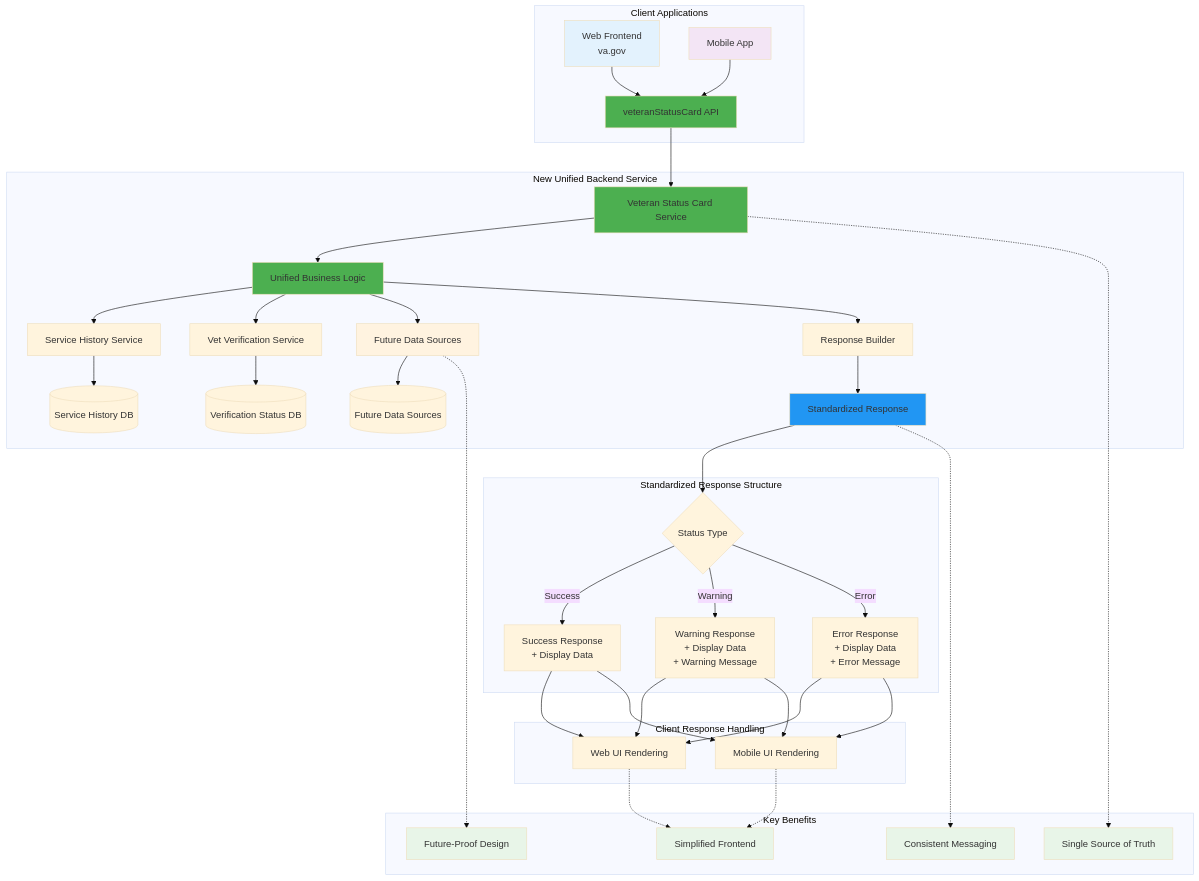
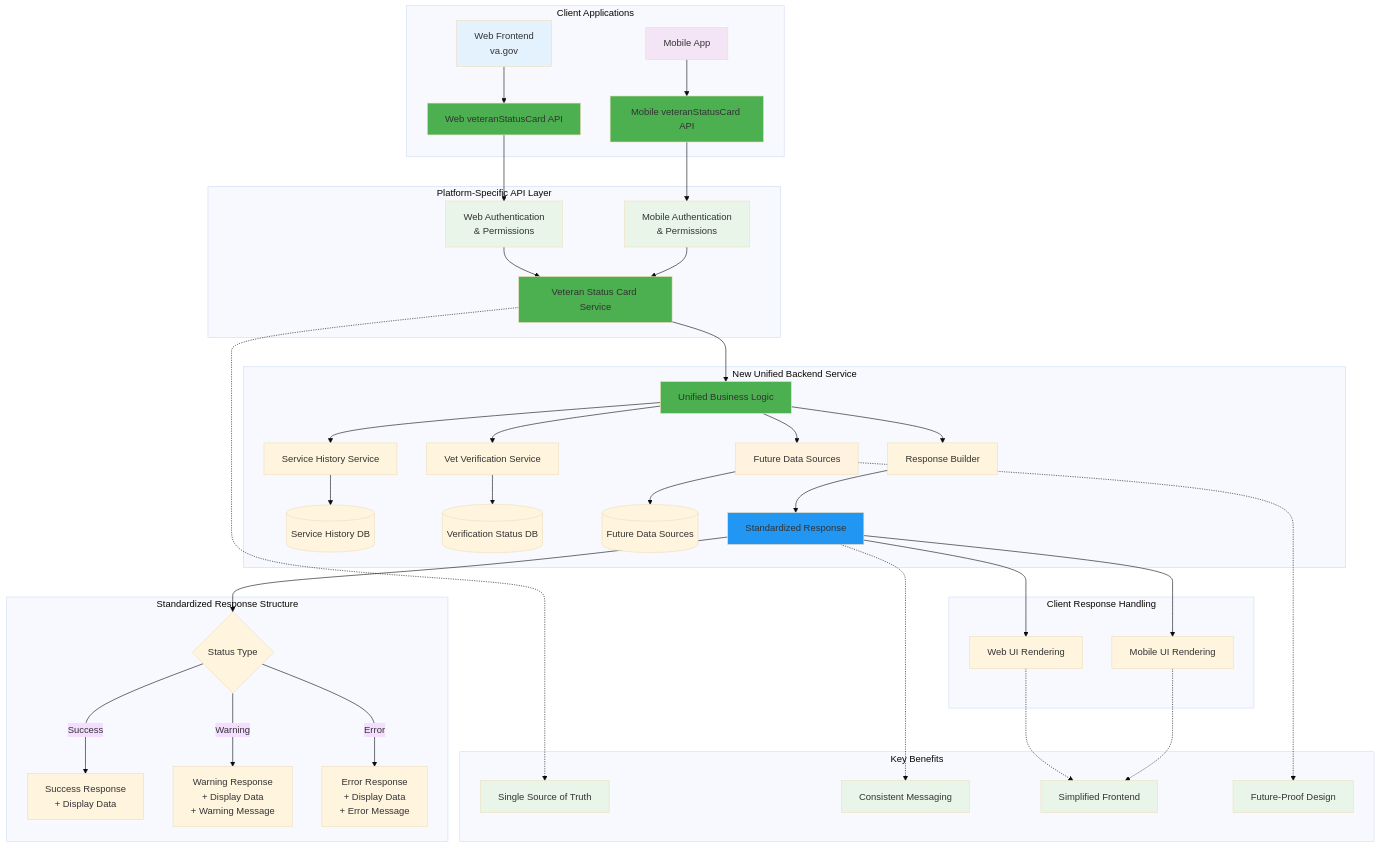
Before and after one commit to department-of-veterans-affairs/va-mobile-feature-support: the diagram in mermaid/projects/vsc-api-refactor/proposed-architecture.mmd, drawn with Mermaid (base theme). The commit also changed 10 other files, not shown here.

Commit message:
Tweak the diagramming // structure a lil

```diff
--- a/mermaid/projects/vsc-api-refactor/proposed-architecture.mmd
+++ b/mermaid/projects/vsc-api-refactor/proposed-architecture.mmd
@@ -1,63 +1,68 @@
 graph TD
     subgraph "Client Applications"
-        WEB[Web Frontend<br/>va.gov] --> NEW_API[veteranStatusCard API]
-        MOBILE[Mobile App] --> NEW_API
+        WEB[Web Frontend<br/>va.gov] --> WEB_API[Web veteranStatusCard API]
+        MOBILE[Mobile App] --> MOBILE_API[Mobile veteranStatusCard API]
+    end
+    
+    subgraph "Platform-Specific API Layer"
+        WEB_API --> WEB_AUTH[Web Authentication<br/>& Permissions]
+        MOBILE_API --> MOBILE_AUTH[Mobile Authentication<br/>& Permissions]
+        
+        WEB_AUTH --> VSC_SERVICE[Veteran Status Card Service]
+        MOBILE_AUTH --> VSC_SERVICE
     end
     
     subgraph "New Unified Backend Service"
-        NEW_API --> VSC_SERVICE[Veteran Status Card Service]
         VSC_SERVICE --> LOGIC[Unified Business Logic]
         
         LOGIC --> SH_SERVICE[Service History Service]
         LOGIC --> VVS_SERVICE[Vet Verification Service]
         LOGIC --> FUTURE_SERVICE[Future Data Sources]
         
         SH_SERVICE --> DB1[(Service History DB)]
         VVS_SERVICE --> DB2[(Verification Status DB)]
         FUTURE_SERVICE --> DB3[(Future Data Sources)]
         
         LOGIC --> RESPONSE_BUILDER[Response Builder]
         RESPONSE_BUILDER --> STANDARDIZED[Standardized Response]
     end
     
     subgraph "Standardized Response Structure"
         STANDARDIZED --> STATUS{Status Type}
         STATUS -->|Success| SUCCESS_DATA[Success Response<br/>+ Display Data]
         STATUS -->|Warning| WARNING_DATA[Warning Response<br/>+ Display Data<br/>+ Warning Message]
         STATUS -->|Error| ERROR_DATA[Error Response<br/>+ Display Data<br/>+ Error Message]
     end
     
     subgraph "Client Response Handling"
-        SUCCESS_DATA --> WEB_RENDER[Web UI Rendering]
-        WARNING_DATA --> WEB_RENDER
-        ERROR_DATA --> WEB_RENDER
-        
-        SUCCESS_DATA --> MOBILE_RENDER[Mobile UI Rendering]
-        WARNING_DATA --> MOBILE_RENDER
-        ERROR_DATA --> MOBILE_RENDER
+        STANDARDIZED --> WEB_RENDER[Web UI Rendering]
+        STANDARDIZED --> MOBILE_RENDER[Mobile UI Rendering]
     end
     
     subgraph "Key Benefits"
         BENEFIT1[Single Source of Truth]
         BENEFIT2[Consistent Messaging]
         BENEFIT3[Simplified Frontend]
         BENEFIT4[Future-Proof Design]
     end
     
     VSC_SERVICE -.-> BENEFIT1
     STANDARDIZED -.-> BENEFIT2
     WEB_RENDER -.-> BENEFIT3
     MOBILE_RENDER -.-> BENEFIT3
     FUTURE_SERVICE -.-> BENEFIT4
     
-    style NEW_API fill:#4caf50
+    style WEB_API fill:#4caf50
+    style MOBILE_API fill:#4caf50
     style VSC_SERVICE fill:#4caf50
     style LOGIC fill:#4caf50
     style STANDARDIZED fill:#2196f3
     style WEB fill:#e3f2fd
     style MOBILE fill:#f3e5f5
+    style WEB_AUTH fill:#e8f5e8
+    style MOBILE_AUTH fill:#e8f5e8
     style BENEFIT1 fill:#e8f5e8
     style BENEFIT2 fill:#e8f5e8
     style BENEFIT3 fill:#e8f5e8
     style BENEFIT4 fill:#e8f5e8
     style FUTURE_SERVICE fill:#fff3e0
```
